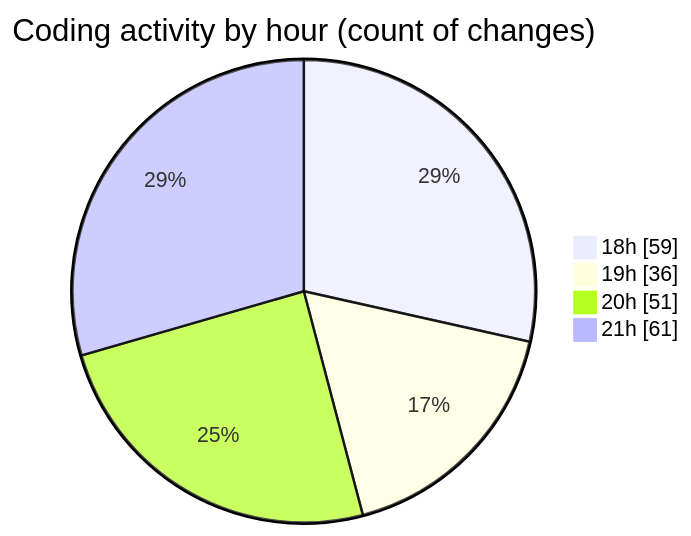
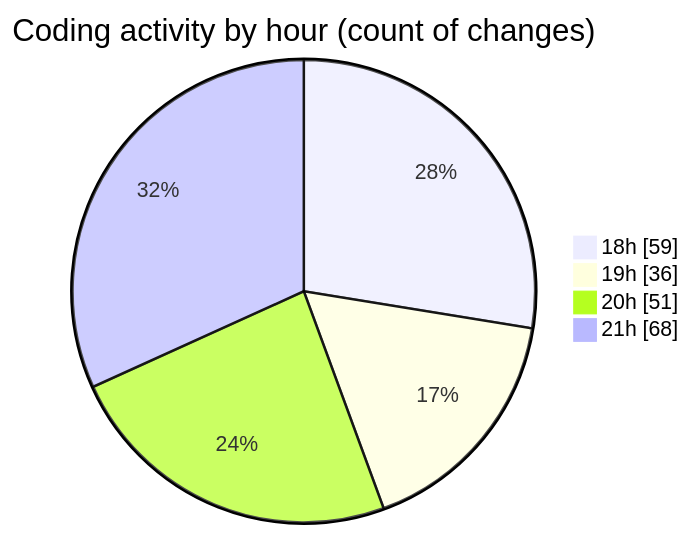
The second of 2 diagrams in 2025-04-02/back-end/README.md (Netris89/code-tracking), drawn with Mermaid before and after one commit. The commit also changed other lines of this file and 1 other file, not shown here.

````diff
--- a/2025-04-02/back-end/README.md
+++ b/2025-04-02/back-end/README.md
@@ -42,8 +42,8 @@
 ```mermaid
 pie showData
 title Coding activity by hour (count of changes)
 "18h" : 59
 "19h" : 36
 "20h" : 51
-"21h" : 61
+"21h" : 68
 ```
````
